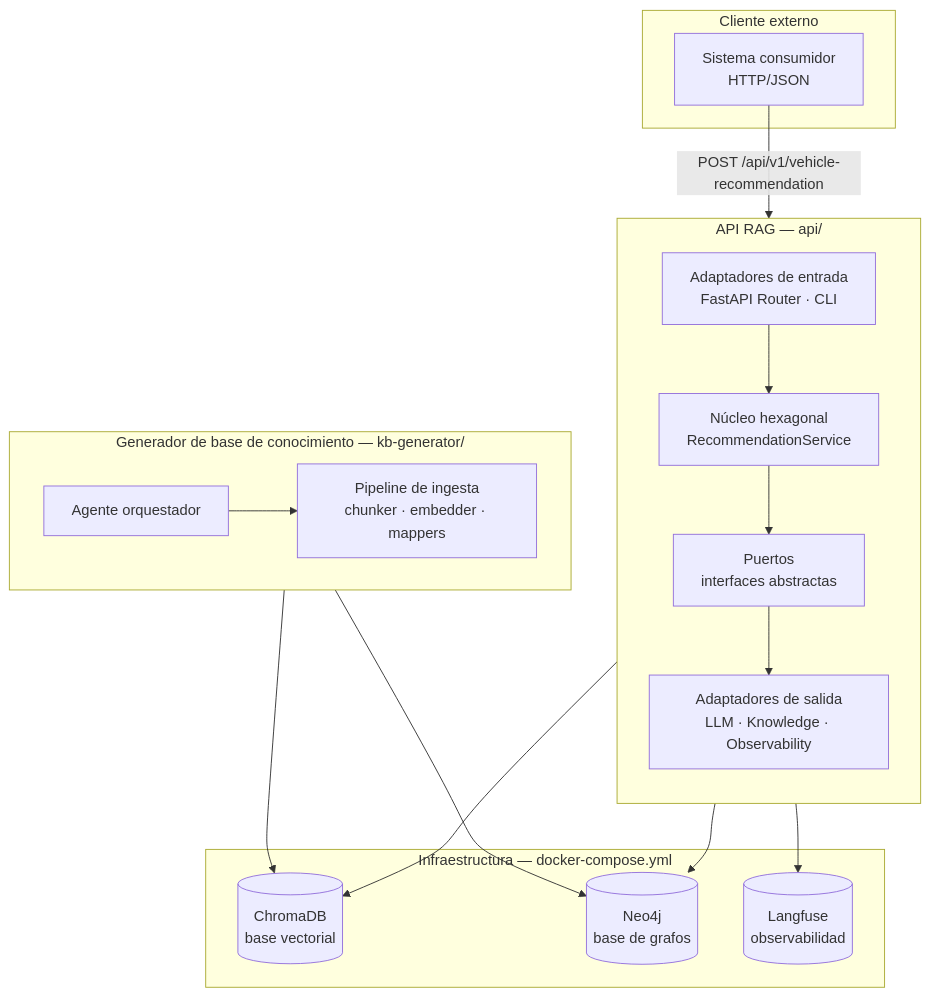
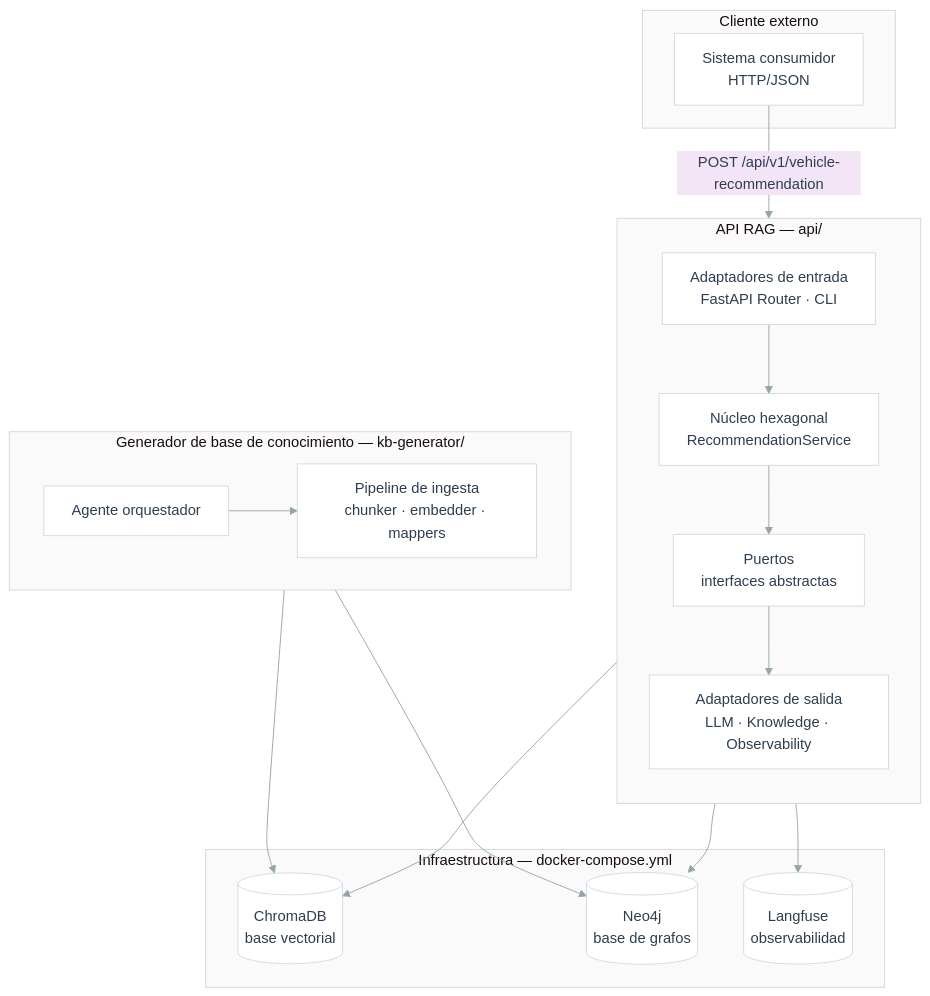
One commit to elizabethtrch/ST1701_dis-rag-vehicle-selection changed the first of 4 diagrams in docs/entrega_2/entrega_final_disenio_y_analisis.md. Above: the diagram before and after it, drawn with Mermaid. The commit also changed other lines of this file, not shown here.

````diff
--- a/docs/entrega_2/entrega_final_disenio_y_analisis.md
+++ b/docs/entrega_2/entrega_final_disenio_y_analisis.md
@@ -72,37 +72,51 @@
 ```mermaid
+%%{init: {
+  'theme': 'base',
+  'themeVariables': {
+    'primaryColor': '#e1f5fe',
+    'primaryTextColor': '#2c3e50',
+    'primaryBorderColor': '#b3e5fc',
+    'lineColor': '#95a5a6',
+    'secondaryColor': '#f3e5f5',
+    'tertiaryColor': '#e8f5e9',
+    'mainBkg': '#ffffff',
+    'nodeBorder': '#d1d9e6',
+    'clusterBkg': '#fafafa'
+  }
+}}%%
 graph TB
     subgraph cliente["Cliente externo"]
         C[Sistema consumidor<br>HTTP/JSON]
     end
 
     subgraph api["API RAG  —  api/"]
         direction TB
         AE[Adaptadores de entrada<br>FastAPI Router · CLI]
         NH[Núcleo hexagonal<br>RecommendationService]
         PT[Puertos<br>interfaces abstractas]
         AS[Adaptadores de salida<br>LLM · Knowledge · Observability]
     end
 
     subgraph kb["Generador de base de conocimiento  —  kb-generator/"]
         direction LR
         AGENT[Agente orquestador]
         PIPE[Pipeline de ingesta<br>chunker · embedder · mappers]
     end
 
     subgraph infra["Infraestructura  —  docker-compose.yml"]
         CHROMA[(ChromaDB<br>base vectorial)]
         NEO[(Neo4j<br>base de grafos)]
         LANGFUSE[(Langfuse<br>observabilidad)]
     end
 
     C -->|"POST /api/v1/vehicle-recommendation"| AE
     AE --> NH
     NH --> PT
     PT --> AS
     AS --> CHROMA
     AS --> NEO
     AS --> LANGFUSE
     AGENT --> PIPE
     PIPE --> CHROMA
     PIPE --> NEO
 ```
````
